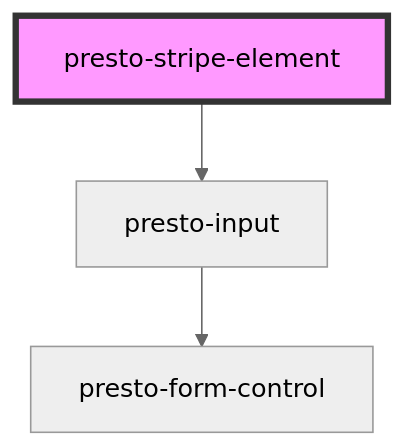
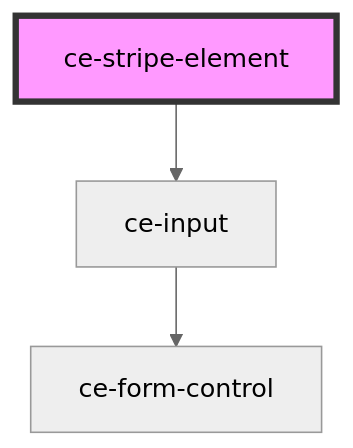
Before and after one commit to surecart/surecart-wp-plugin: the diagram in packages/components/docs/components/ui/stripe-element/readme.md, drawn with Mermaid (neutral theme). The commit also changed other lines of this file and 292 other files, not shown here.

````diff
--- a/packages/components/docs/components/ui/stripe-element/readme.md
+++ b/packages/components/docs/components/ui/stripe-element/readme.md
@@ -27,6 +27,6 @@
 ```mermaid
 graph TD;
-  presto-stripe-element --> presto-input
-  presto-input --> presto-form-control
-  style presto-stripe-element fill:#f9f,stroke:#333,stroke-width:4px
+  ce-stripe-element --> ce-input
+  ce-input --> ce-form-control
+  style ce-stripe-element fill:#f9f,stroke:#333,stroke-width:4px
 ```
````
